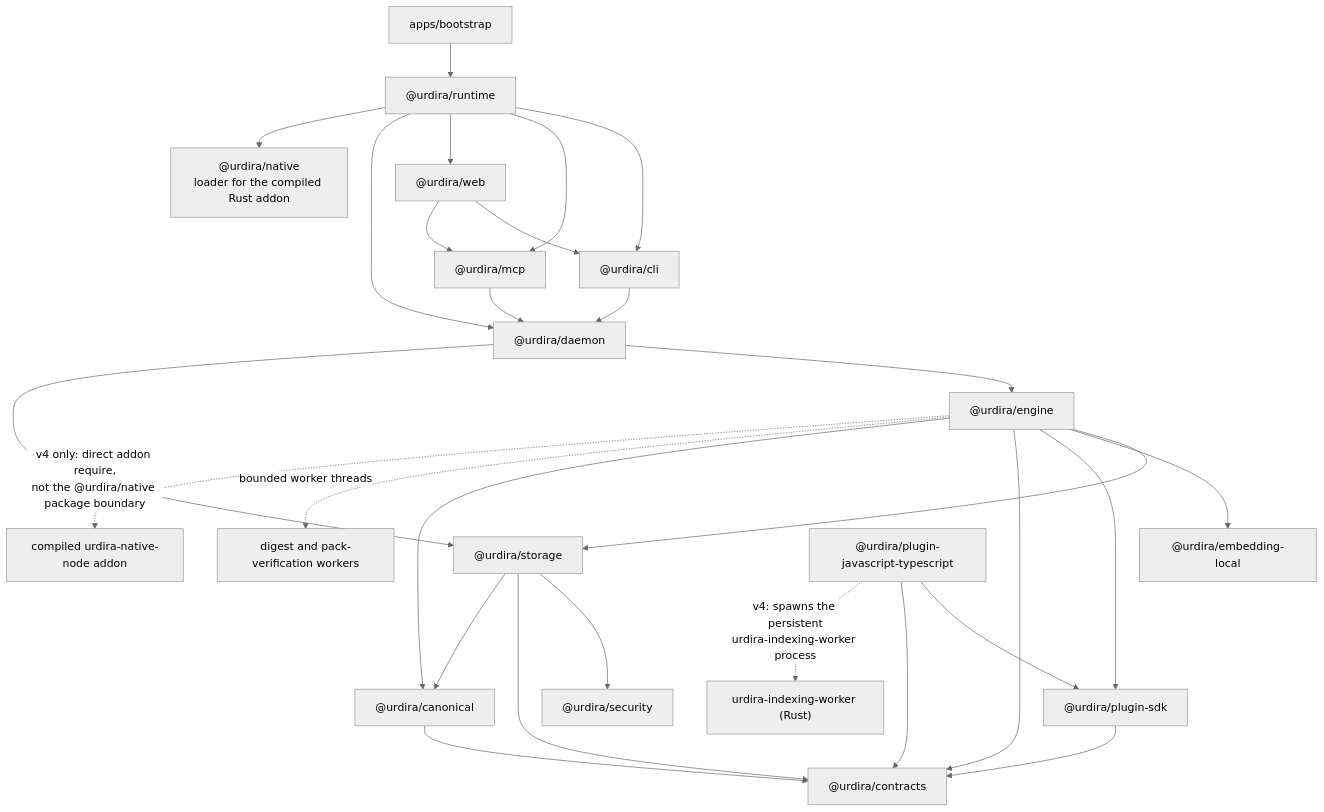
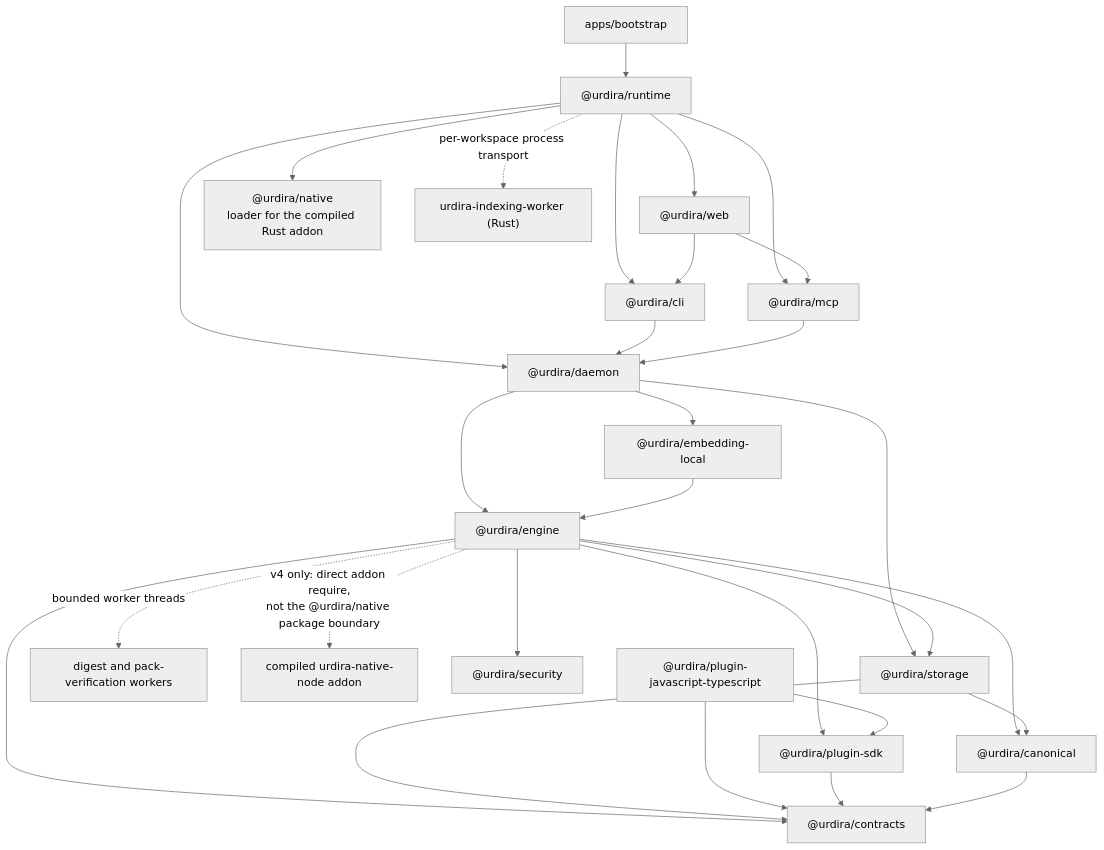
Before and after one commit to CristianBB/urdira: the first of 7 diagrams in docs/architecture.md, drawn with Mermaid (neutral theme). The commit also changed other lines of this file and 39 other files, not shown here.

````diff
--- a/docs/architecture.md
+++ b/docs/architecture.md
@@ -38,30 +38,31 @@
 ```mermaid
 flowchart TD
   Bootstrap["apps/bootstrap"] --> Runtime["@urdira/runtime"]
   Runtime --> CLI["@urdira/cli"]
   Runtime --> MCP["@urdira/mcp"]
   Runtime --> Web["@urdira/web"]
   Runtime --> Daemon["@urdira/daemon"]
   Runtime --> Native["@urdira/native\nloader for the compiled Rust addon"]
   Web --> CLI
   Web --> MCP
   CLI --> Daemon
   MCP --> Daemon
   Daemon --> Engine["@urdira/engine"]
   Daemon --> Storage["@urdira/storage"]
   Engine --> Storage
-  Engine --> Embedding["@urdira/embedding-local"]
+  Daemon --> Embedding["@urdira/embedding-local"]
+  Embedding --> Engine
   Engine --> PluginSDK["@urdira/plugin-sdk"]
   Engine --> Contracts["@urdira/contracts"]
   Engine --> Canonical["@urdira/canonical"]
   Engine -. "bounded worker threads" .-> Workers["digest and pack-verification workers"]
   Engine -. "v4 only: direct addon require,\nnot the @urdira/native package boundary" .-> NativeAddon["compiled urdira-native-node addon"]
-  Storage --> Security["@urdira/security"]
+  Engine --> Security["@urdira/security"]
   Storage --> Contracts
   Storage --> Canonical
   PluginJS["@urdira/plugin-javascript-typescript"] --> PluginSDK
   PluginJS --> Contracts
-  PluginJS -. "v4: spawns the persistent\nurdira-indexing-worker process" .-> IndexingWorker["urdira-indexing-worker (Rust)"]
+  Runtime -. "per-workspace process transport" .-> IndexingWorker["urdira-indexing-worker (Rust)"]
   PluginSDK --> Contracts
   Canonical --> Contracts
 ```
````
